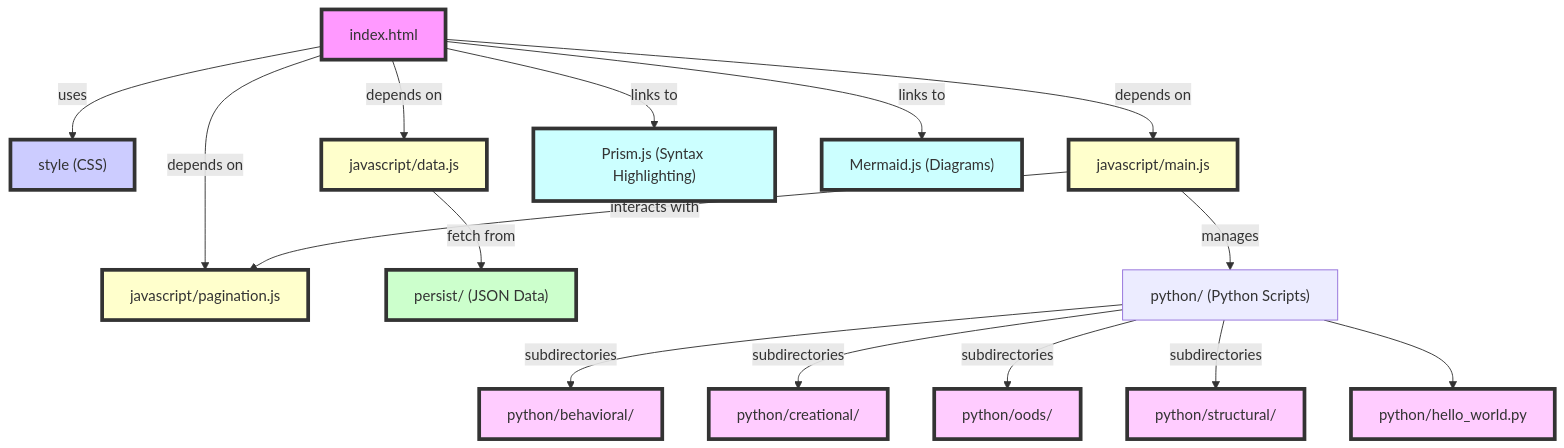
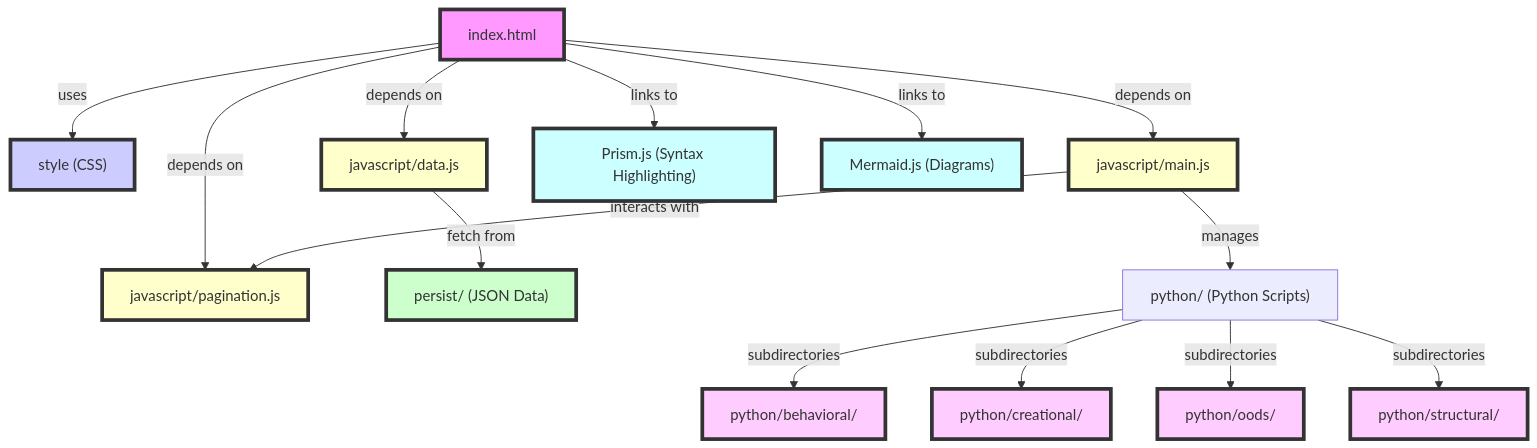
The diagram in README.md (NLmeng/github-website), drawn with Mermaid before and after one commit.

Commit message:
diagram 1.5

````diff
--- a/README.md
+++ b/README.md
@@ -9,35 +9,34 @@
 ```mermaid
 graph TD
     index_html["index.html"] -->|uses| style_css_common["style (CSS)"]
 
     index_html -->|depends on| js_data["javascript/data.js"]
     index_html -->|depends on| js_main["javascript/main.js"]
     index_html -->|depends on| js_pagination["javascript/pagination.js"]
 
     index_html -->|links to| ext_prism["Prism.js (Syntax Highlighting)"]
     index_html -->|links to| ext_mermaid["Mermaid.js (Diagrams)"]
 
     js_data -->|fetch from| json_data["persist/ (JSON Data)"]
     js_main -->|interacts with| js_pagination
 
     js_main -->|manages| python_scripts["python/ (Python Scripts)"]
     python_scripts -->|subdirectories| py_behavioral["python/behavioral/"]
     python_scripts -->|subdirectories| py_creational["python/creational/"]
     python_scripts -->|subdirectories| py_oods["python/oods/"]
     python_scripts -->|subdirectories| py_structural["python/structural/"]
-    python_scripts --> py_hello_world["python/hello_world.py"]
 
     classDef html fill:#f9f,stroke:#333,stroke-width:4px;
     classDef css fill:#ccf,stroke:#333,stroke-width:4px;
     classDef js fill:#ffc,stroke:#333,stroke-width:4px;
     classDef json fill:#cfc,stroke:#333,stroke-width:4px;
     classDef python fill:#fcf,stroke:#333,stroke-width:4px;
     classDef ext fill:#cff,stroke:#333,stroke-width:4px;
 
     class index_html html;
     class style_css_common,style_css_main,style_css_toc css;
     class js_data,js_main,js_pagination js;
     class json_data json;
-    class py_behavioral,py_creational,py_oods,py_structural,py_hello_world python;
+    class py_behavioral,py_creational,py_oods,py_structural python;
     class ext_prism,ext_mermaid ext;
 ```
````
